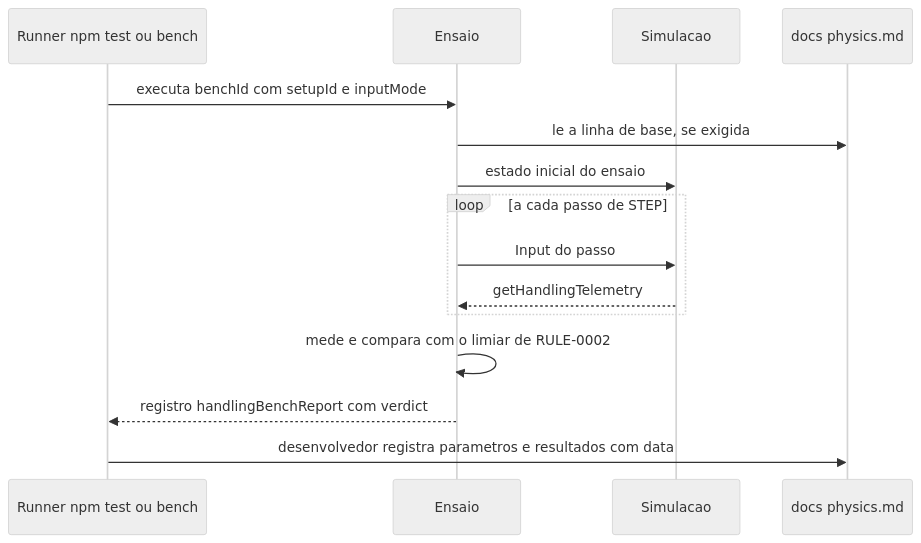
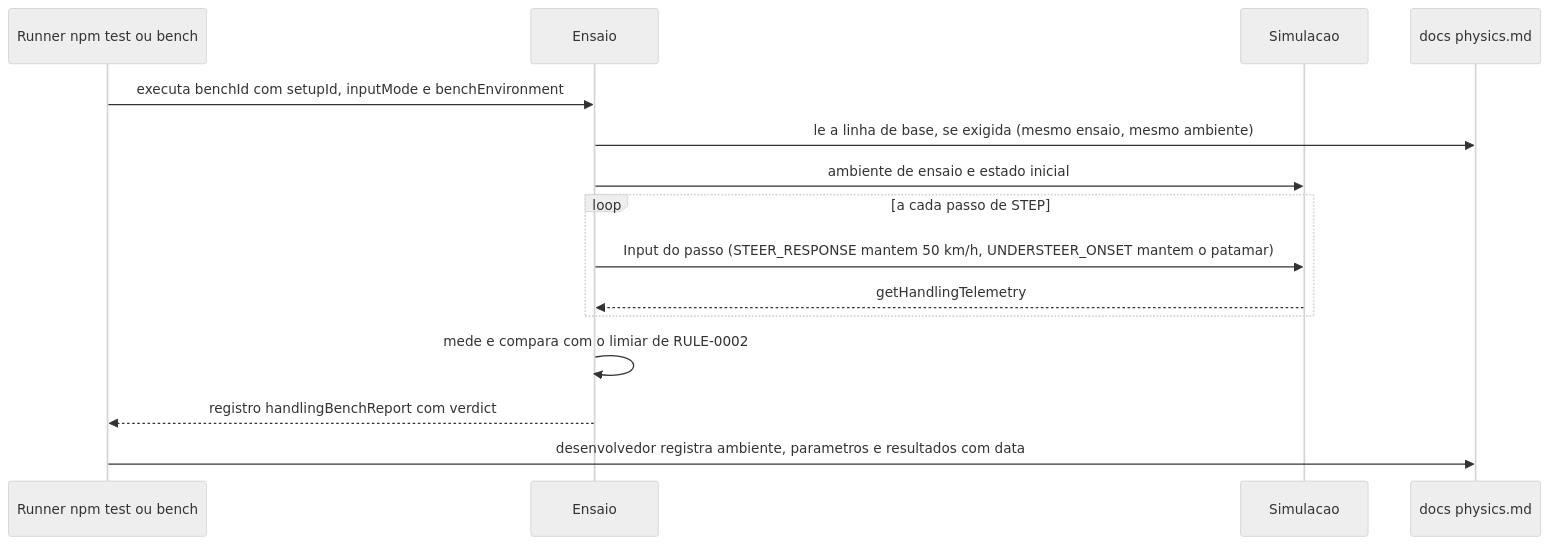
One commit to edumatosr6-svg/kartle changed the diagram in 300 Specs/320 F-Specs/Output/dirigibilidade/flows/FLOW-0002-ensaio-deterministico-e-piloto-de-teste.md. Above: the diagram before and after it, drawn with Mermaid (neutral theme). The commit also changed other lines of this file and 63 other files, not shown here.

````diff
--- a/300 Specs/320 F-Specs/Output/dirigibilidade/flows/FLOW-0002-ensaio-deterministico-e-piloto-de-teste.md
+++ b/300 Specs/320 F-Specs/Output/dirigibilidade/flows/FLOW-0002-ensaio-deterministico-e-piloto-de-teste.md
@@ -19,17 +20,17 @@
 ```mermaid
 sequenceDiagram
     participant R as Runner npm test ou bench
     participant E as Ensaio
     participant S as Simulacao
     participant D as docs physics.md
-    R->>E: executa benchId com setupId e inputMode
-    E->>D: le a linha de base, se exigida
-    E->>S: estado inicial do ensaio
+    R->>E: executa benchId com setupId, inputMode e benchEnvironment
+    E->>D: le a linha de base, se exigida (mesmo ensaio, mesmo ambiente)
+    E->>S: ambiente de ensaio e estado inicial
     loop a cada passo de STEP
-        E->>S: Input do passo
+        E->>S: Input do passo (STEER_RESPONSE mantem 50 km/h, UNDERSTEER_ONSET mantem o patamar)
         S-->>E: getHandlingTelemetry
     end
     E->>E: mede e compara com o limiar de RULE-0002
     E-->>R: registro handlingBenchReport com verdict
-    R->>D: desenvolvedor registra parametros e resultados com data
+    R->>D: desenvolvedor registra ambiente, parametros e resultados com data
 ```
````
